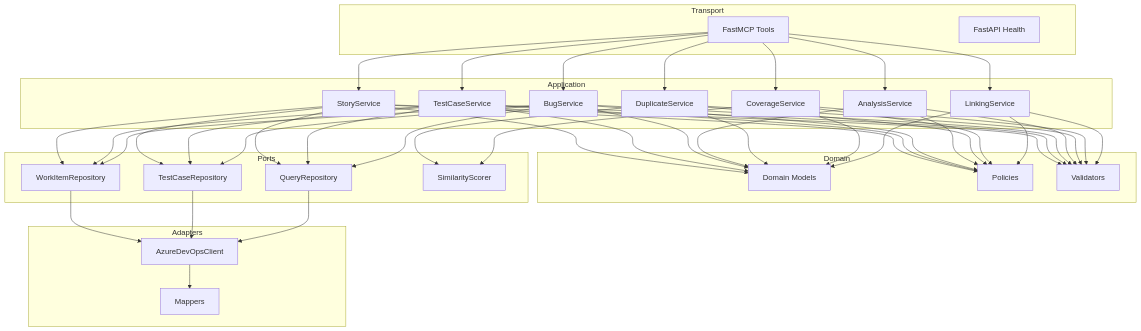
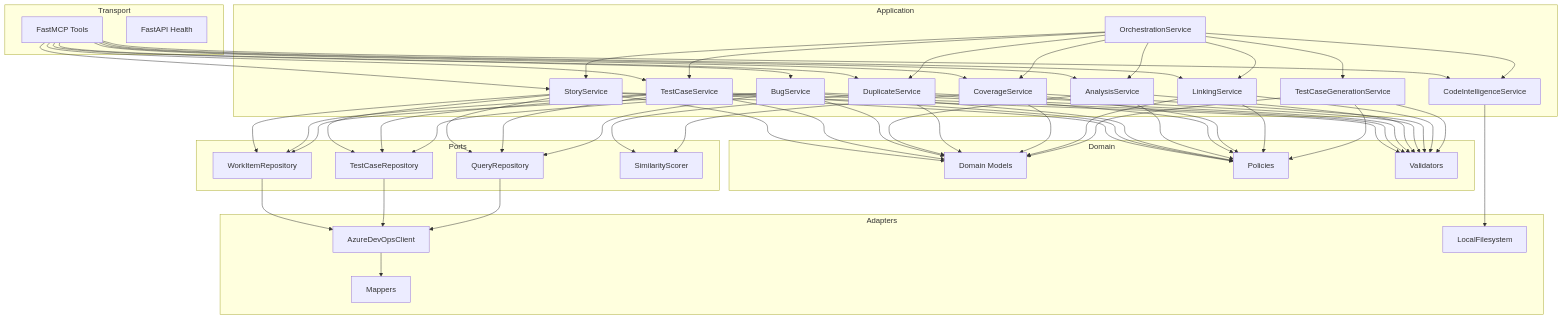
Before and after one commit to rohan01629/QA_Intelligence: the diagram in docs/04-component-diagram.md, drawn with Mermaid. The commit also changed other lines of this file and 32 other files, not shown here.

First line of the commit message:
Enhance documentation and configuration for Code Intelligence features.

````diff
--- a/docs/04-component-diagram.md
+++ b/docs/04-component-diagram.md
@@ -91,42 +98,48 @@
 ```mermaid
 flowchart TB
   subgraph Transport
     MCP[FastMCP Tools]
     Health[FastAPI Health]
   end
 
   subgraph Application
     SS[StoryService]
     TS[TestCaseService]
     BS[BugService]
     AS[AnalysisService]
     DS[DuplicateService]
     CS[CoverageService]
     LS[LinkingService]
+    OS[OrchestrationService]
+    GS[TestCaseGenerationService]
+    CI[CodeIntelligenceService]
   end
 
   subgraph Domain
     Models[Domain Models]
     Pol[Policies]
     Val[Validators]
   end
 
   subgraph Ports
     WR[WorkItemRepository]
     TR[TestCaseRepository]
     QR[QueryRepository]
     Sim[SimilarityScorer]
   end
 
   subgraph Adapters
     ADO[AzureDevOpsClient]
     Map[Mappers]
+    FS[LocalFilesystem]
   end
 
-  MCP --> SS & TS & BS & AS & DS & CS & LS
-  SS & TS & BS & AS & DS & CS & LS --> Models & Pol & Val
+  MCP --> SS & TS & BS & AS & DS & CS & LS & CI
+  OS --> SS & AS & CI & DS & CS & GS & TS & LS
+  SS & TS & BS & AS & DS & CS & LS & GS --> Models & Pol & Val
   SS & TS & BS --> WR & TR & QR
   DS & CS --> Sim
+  CI --> FS
   WR & TR & QR --> ADO
   ADO --> Map
 ```
````
